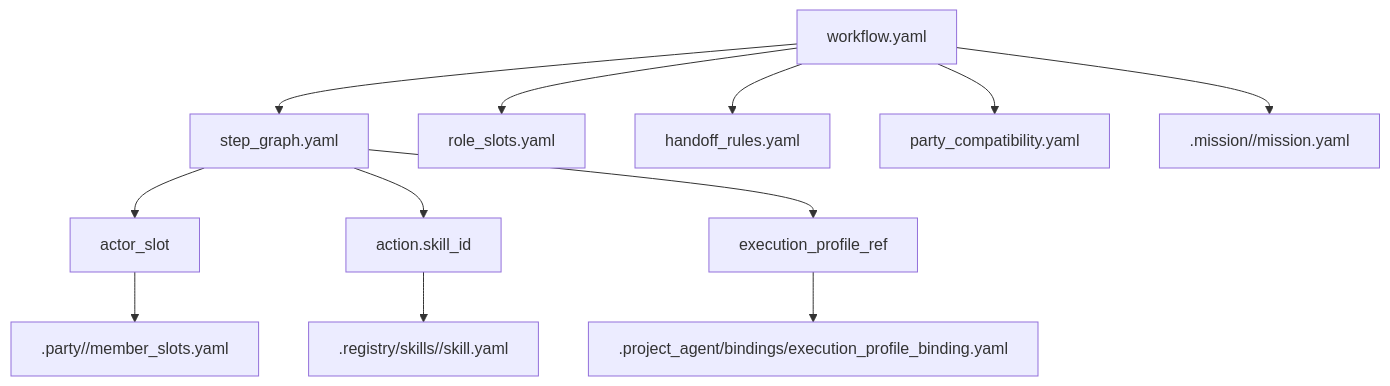
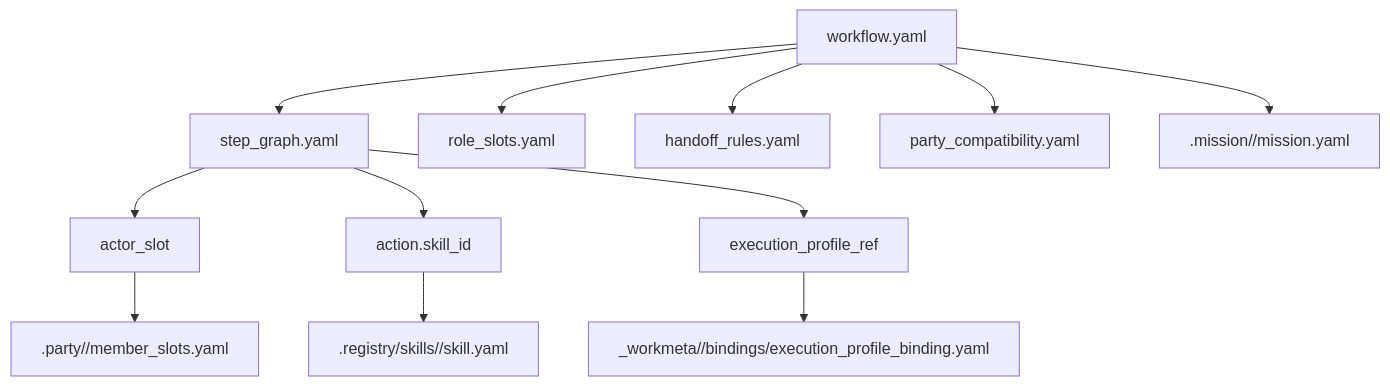
Before and after one commit to SungYongMOON/soulforge: the first of 2 diagrams in .workflow/README.md, drawn with Mermaid. The commit also changed other lines of this file and 111 other files, not shown here.

````diff
--- a/.workflow/README.md
+++ b/.workflow/README.md
@@ -19,14 +19,14 @@
 ```mermaid
 flowchart TD
   WF["workflow.yaml"] --> SG["step_graph.yaml"]
   WF --> RS["role_slots.yaml"]
   WF --> HH["handoff_rules.yaml"]
   WF --> PC["party_compatibility.yaml"]
   WF --> MI[".mission/<mission_id>/mission.yaml"]
   SG --> SLOT["actor_slot"]
   SG --> SK["action.skill_id"]
   SG --> EP["execution_profile_ref"]
   SLOT --> PT[".party/<party_id>/member_slots.yaml"]
   SK --> REG[".registry/skills/<skill_id>/skill.yaml"]
-  EP --> BIND[".project_agent/bindings/execution_profile_binding.yaml"]
+  EP --> BIND["_workmeta/<project_code>/bindings/execution_profile_binding.yaml"]
 ```
````
